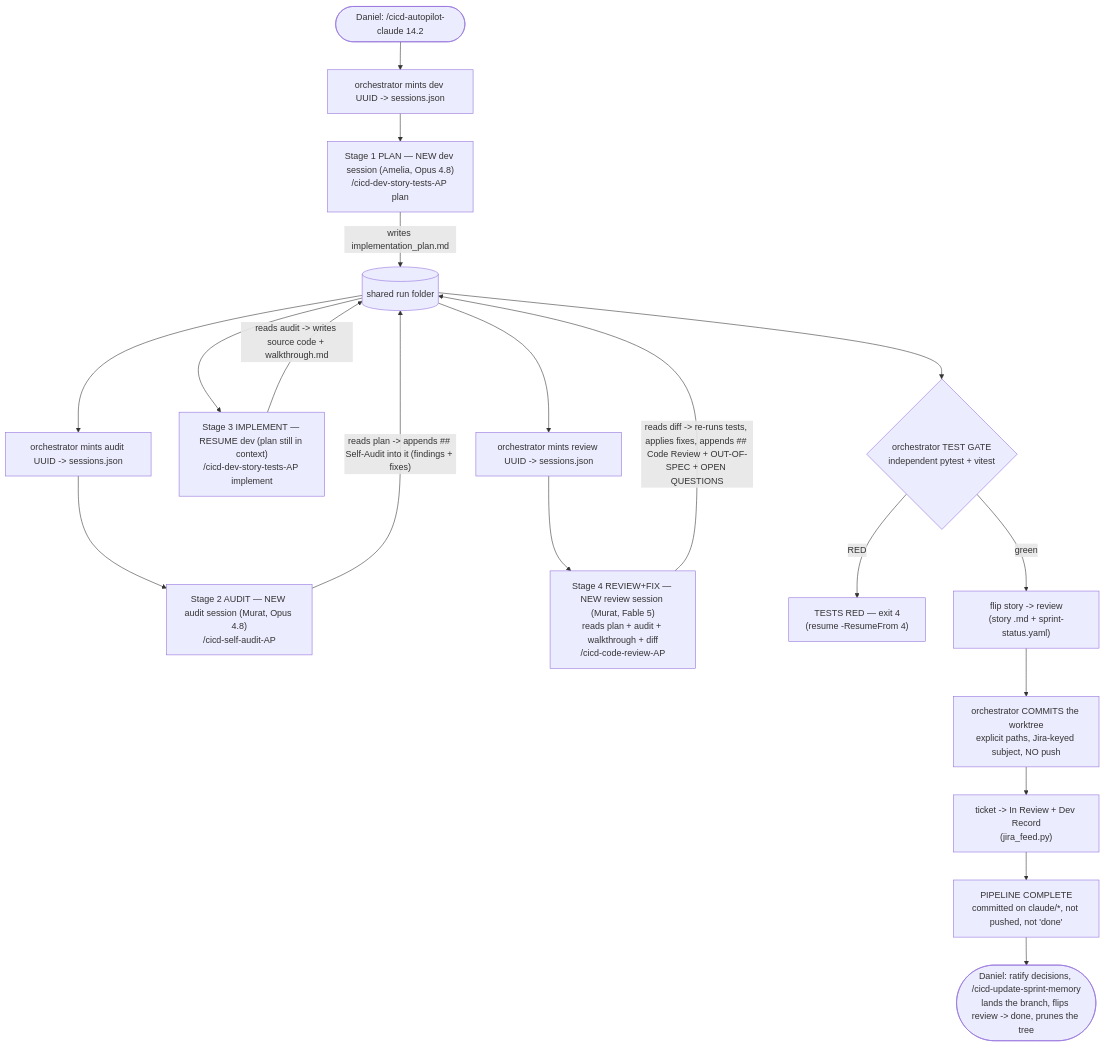
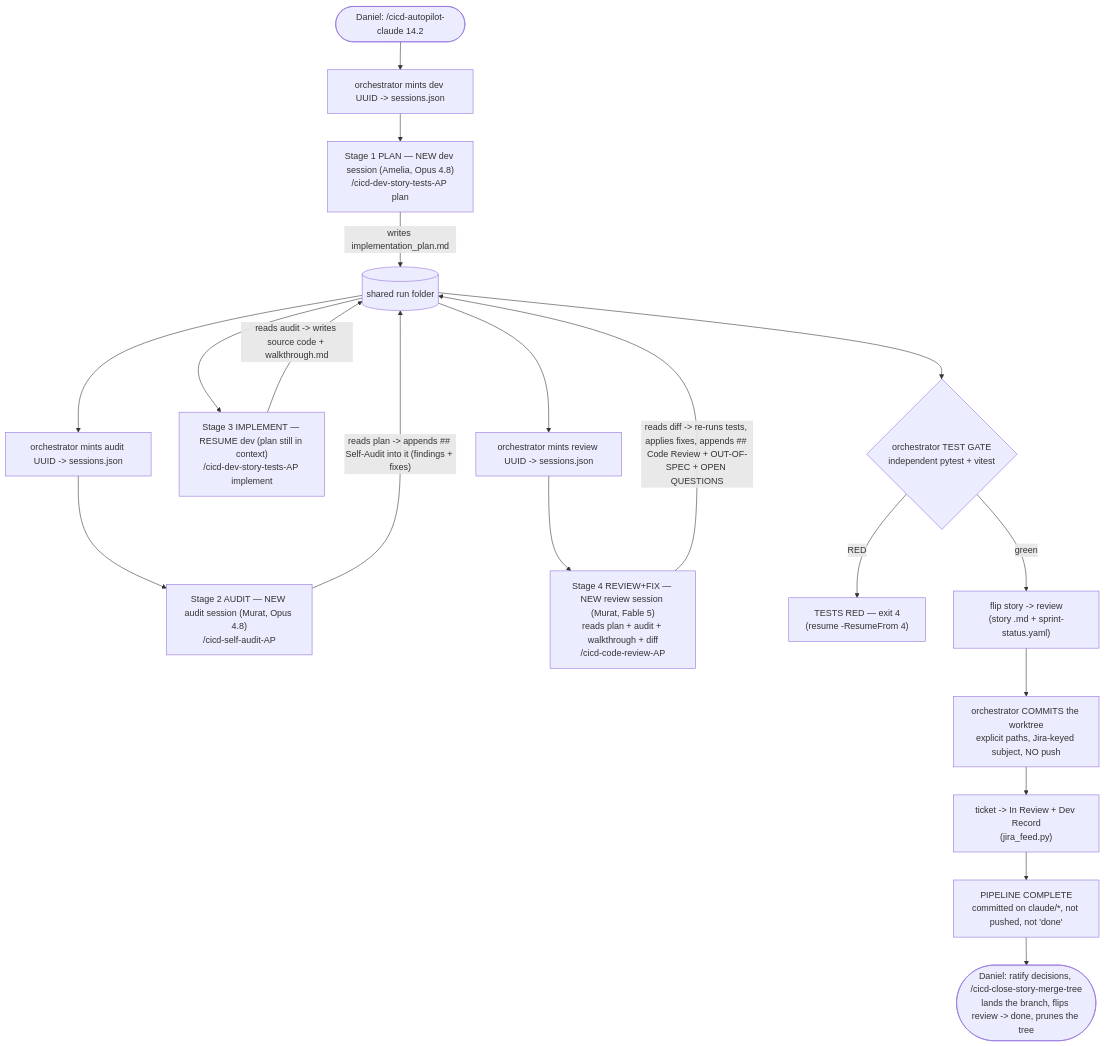
The first of 4 diagrams in docs/_scc_sops_prds/autopilot_bmad_dev_loop.md (sudomadhatter/Sudo_Hatter_Command), drawn with Mermaid before and after one commit. The commit also changed other lines of this file and 97 other files, not shown here.

First line of the commit message:
SCC-210 rebalance the cicd close-out: the door, the save, and the prune

````diff
--- a/docs/_scc_sops_prds/autopilot_bmad_dev_loop.md
+++ b/docs/_scc_sops_prds/autopilot_bmad_dev_loop.md
@@ -70,21 +70,21 @@
 ```mermaid
 flowchart TD
     D(["Daniel: /cicd-autopilot-claude 14.2"]) --> M1["orchestrator mints dev UUID -> sessions.json"]
     M1 --> S1["Stage 1 PLAN — NEW dev session (Amelia, Opus 4.8)<br/>/cicd-dev-story-tests-AP plan"]
     S1 -->|"writes implementation_plan.md"| F[("shared run folder")]
     F --> M2["orchestrator mints audit UUID -> sessions.json"]
     M2 --> S2["Stage 2 AUDIT — NEW audit session (Murat, Opus 4.8)<br/>/cicd-self-audit-AP"]
     S2 -->|"reads plan -> appends ## Self-Audit into it (findings + fixes)"| F
     F --> S3["Stage 3 IMPLEMENT — RESUME dev (plan still in context)<br/>/cicd-dev-story-tests-AP implement"]
     S3 -->|"reads audit -> writes source code + walkthrough.md"| F
     F --> M3["orchestrator mints review UUID -> sessions.json"]
     M3 --> S4["Stage 4 REVIEW+FIX — NEW review session (Murat, Fable 5)<br/>reads plan + audit + walkthrough + diff<br/>/cicd-code-review-AP"]
     S4 -->|"reads diff -> re-runs tests, applies fixes, appends ## Code Review + OUT-OF-SPEC + OPEN QUESTIONS"| F
     F --> G{"orchestrator TEST GATE<br/>independent pytest + vitest"}
     G -->|"RED"| RED["TESTS RED — exit 4<br/>(resume -ResumeFrom 4)"]
     G -->|"green"| RV["flip story -> review<br/>(story .md + sprint-status.yaml)"]
     RV --> CM["orchestrator COMMITS the worktree<br/>explicit paths, Jira-keyed subject, NO push"]
     CM --> JR["ticket -> In Review + Dev Record<br/>(jira_feed.py)"]
     JR --> DONE["PIPELINE COMPLETE<br/>committed on claude/*, not pushed, not 'done'"]
-    DONE --> D2(["Daniel: ratify decisions, /cicd-update-sprint-memory<br/>lands the branch, flips review -> done, prunes the tree"])
+    DONE --> D2(["Daniel: ratify decisions, /cicd-close-story-merge-tree<br/>lands the branch, flips review -> done, prunes the tree"])
 ```
````
